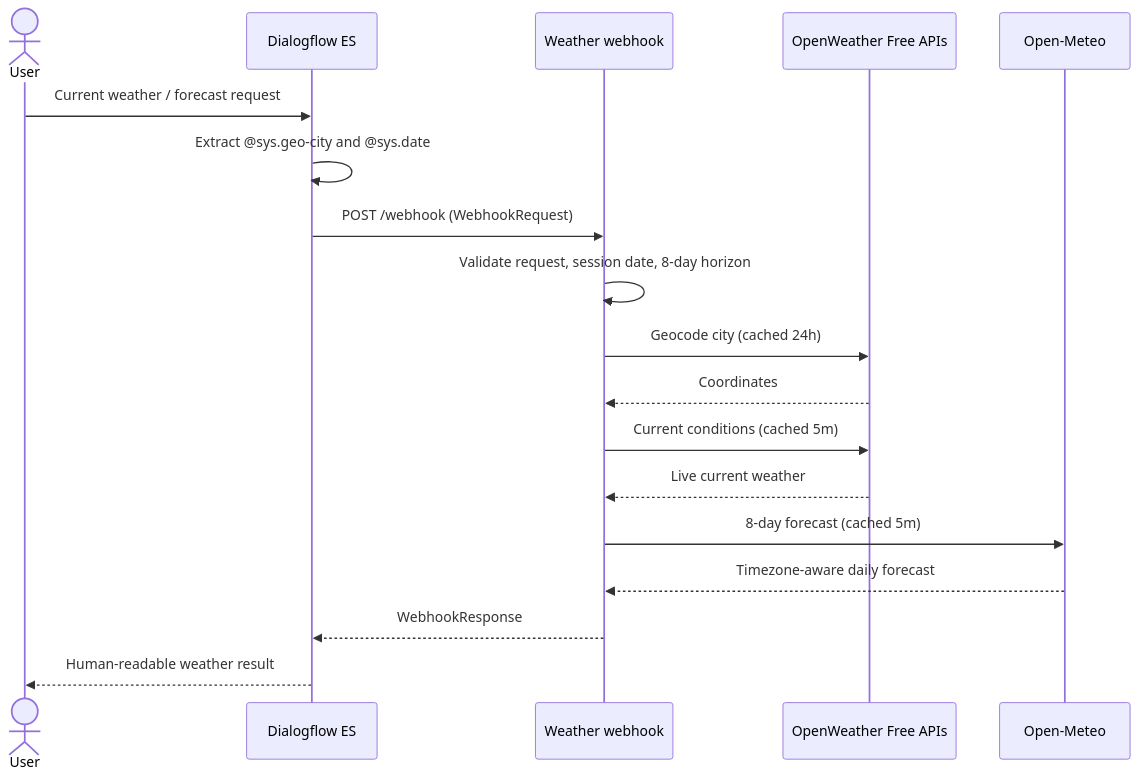
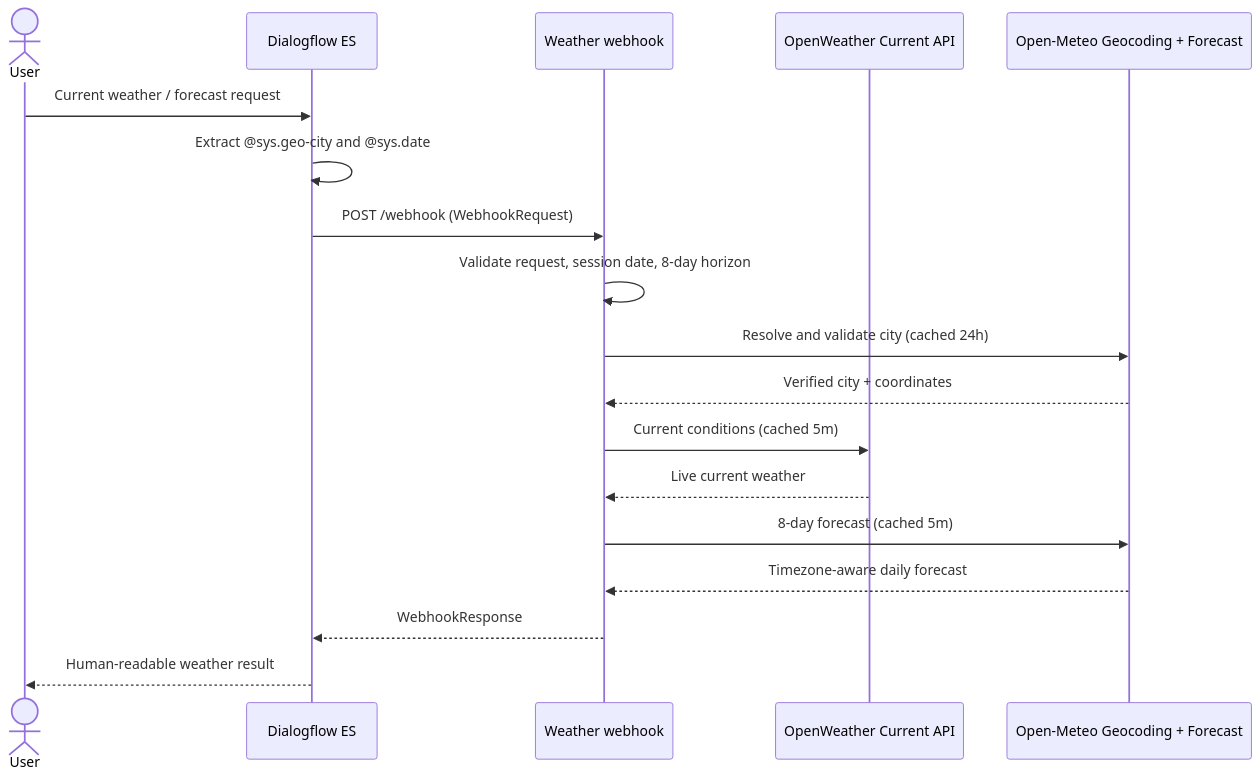
One commit to nehaaamir17/atmos-dialogflow-weather-bot changed the diagram in README.md. Above: the diagram before and after it, drawn with Mermaid. The commit also changed other lines of this file and 1 other file, not shown here.

Commit message:
Document strict city validation

````diff
--- a/README.md
+++ b/README.md
@@ -21,20 +21,20 @@
 ```mermaid
 sequenceDiagram
     actor User
     participant DF as Dialogflow ES
     participant API as Weather webhook
-    participant OW as OpenWeather Free APIs
-    participant OM as Open-Meteo
+    participant OW as OpenWeather Current API
+    participant OM as Open-Meteo Geocoding + Forecast
     User->>DF: Current weather / forecast request
     DF->>DF: Extract @sys.geo-city and @sys.date
     DF->>API: POST /webhook (WebhookRequest)
     API->>API: Validate request, session date, 8-day horizon
-    API->>OW: Geocode city (cached 24h)
-    OW-->>API: Coordinates
+    API->>OM: Resolve and validate city (cached 24h)
+    OM-->>API: Verified city + coordinates
     API->>OW: Current conditions (cached 5m)
     OW-->>API: Live current weather
     API->>OM: 8-day forecast (cached 5m)
     OM-->>API: Timezone-aware daily forecast
     API-->>DF: WebhookResponse
     DF-->>User: Human-readable weather result
 ```
````
